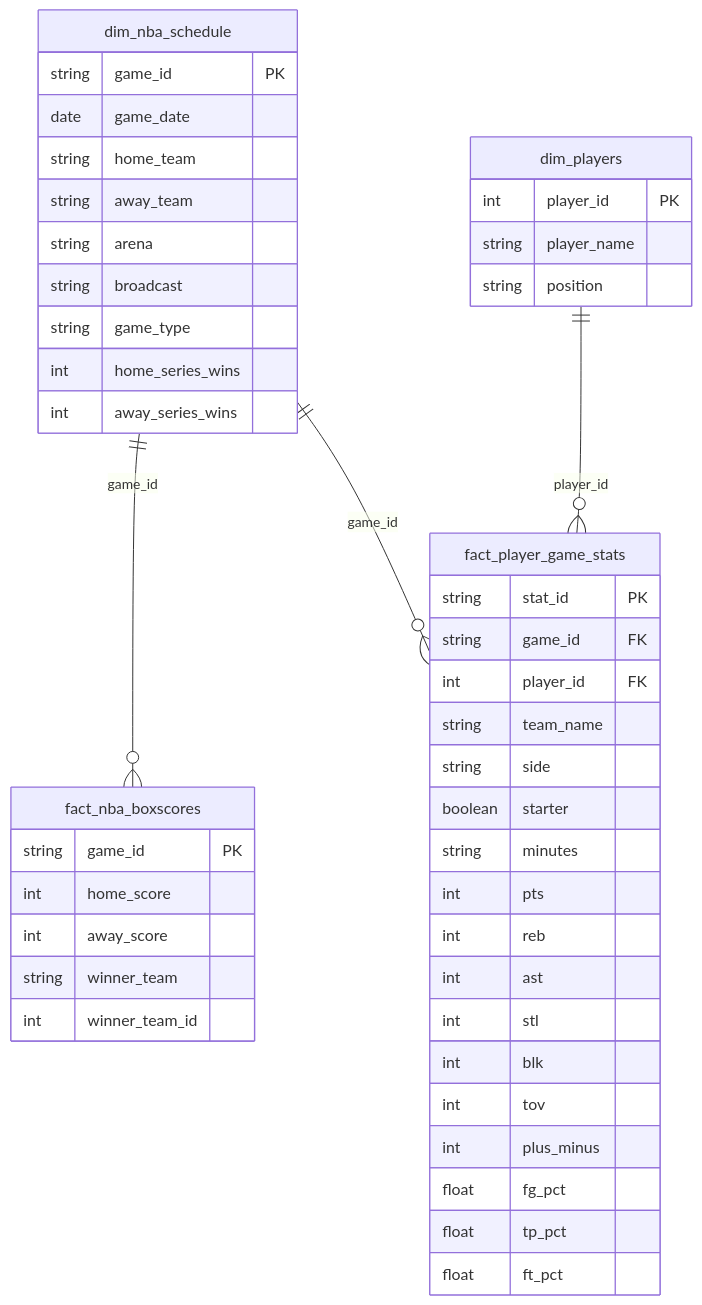
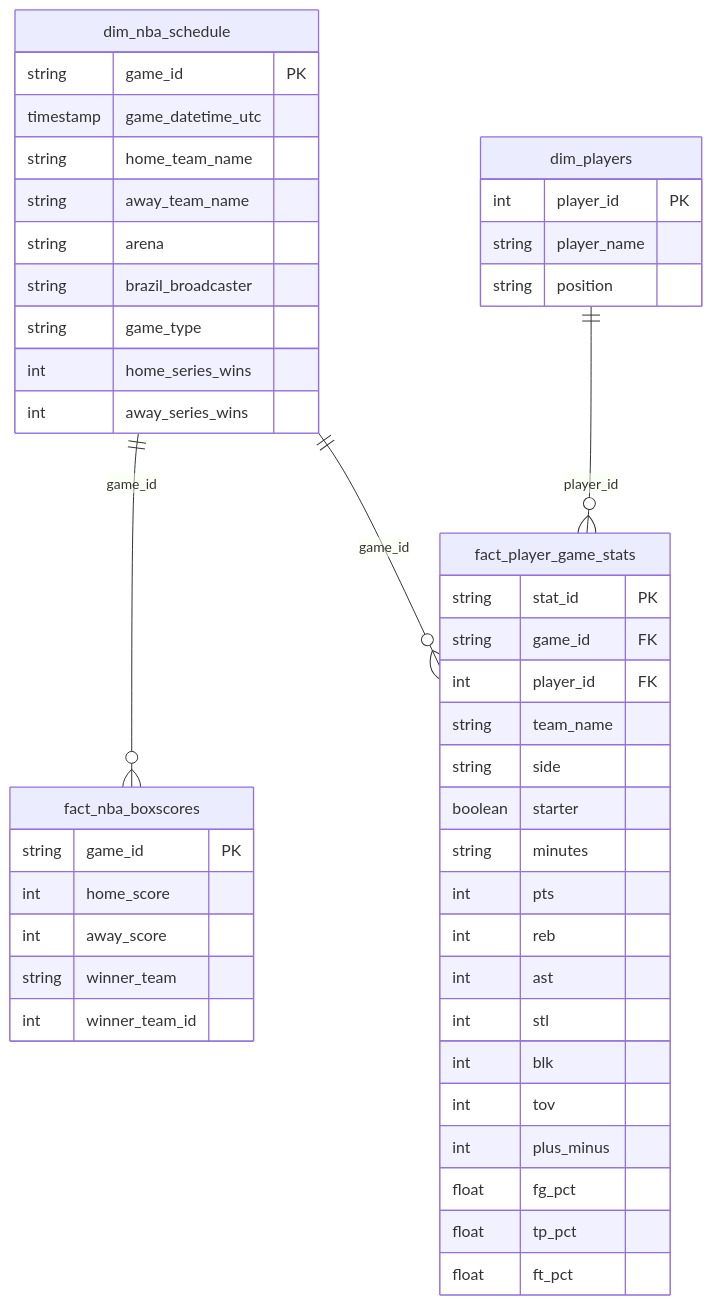
Before and after one commit to LucasEmanuell/nba_pipeline: the second of 4 diagrams in README.md, drawn with Mermaid.

Commit message:
docs: ajuste no DER

````diff
--- a/README.md
+++ b/README.md
@@ -88,52 +88,52 @@
 ```mermaid
 erDiagram
     dim_nba_schedule {
         string game_id PK
-        date game_date
-        string home_team
-        string away_team
+        timestamp game_datetime_utc
+        string home_team_name
+        string away_team_name
         string arena
-        string broadcast
+        string brazil_broadcaster
         string game_type
         int home_series_wins
         int away_series_wins
     }
 
     fact_nba_boxscores {
         string game_id PK
         int home_score
         int away_score
         string winner_team
         int winner_team_id
     }
 
     dim_players {
         int player_id PK
         string player_name
         string position
     }
 
     fact_player_game_stats {
         string stat_id PK
         string game_id FK
         int player_id FK
         string team_name
         string side
         boolean starter
         string minutes
         int pts
         int reb
         int ast
         int stl
         int blk
         int tov
         int plus_minus
         float fg_pct
         float tp_pct
         float ft_pct
     }
 
     dim_nba_schedule ||--o{ fact_nba_boxscores : "game_id"
     dim_nba_schedule ||--o{ fact_player_game_stats : "game_id"
     dim_players ||--o{ fact_player_game_stats : "player_id"
 ```
````
